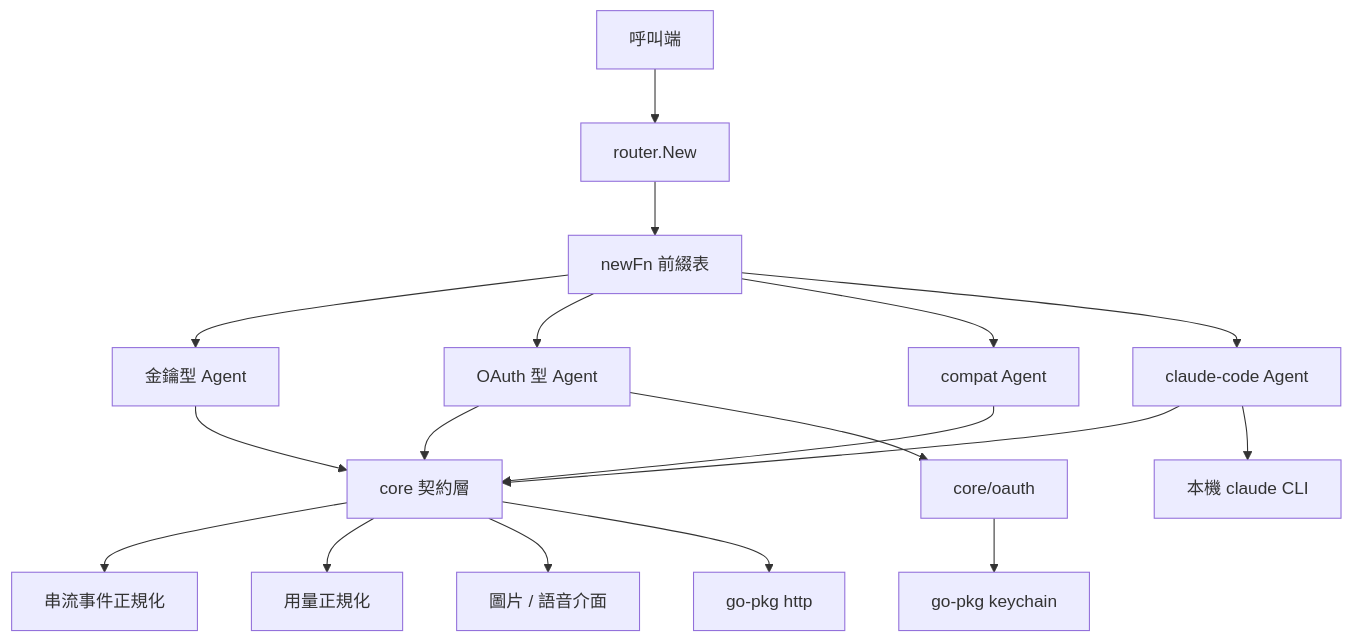
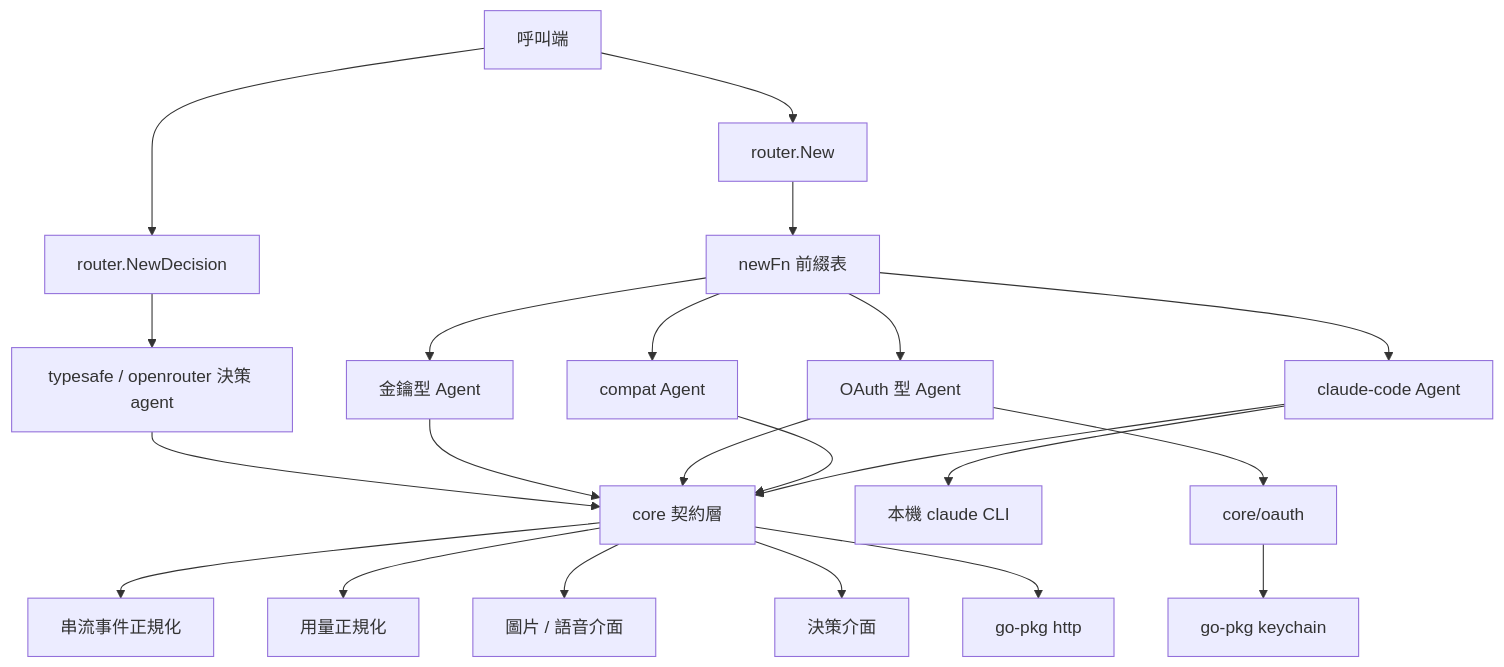
The first of 12 diagrams in doc/architecture.zh.md (pardnchiu/go-llm-router), drawn with Mermaid before and after one commit. The commit also changed other lines of this file and 32 other files, not shown here.

````diff
--- a/doc/architecture.zh.md
+++ b/doc/architecture.zh.md
@@ -22,23 +23,27 @@
 ```mermaid
 graph TB
     App[呼叫端] --> Router[router.New]
+    App --> DecisionRouter[router.NewDecision]
+    DecisionRouter --> DecisionAgents[typesafe / openrouter 決策 agent]
+    DecisionAgents --> Core
     Router --> Registry[newFn 前綴表]
     Registry --> KeyAgents[金鑰型 Agent]
     Registry --> OAuthAgents[OAuth 型 Agent]
     Registry --> CompatAgent[compat Agent]
     Registry --> CLIAgent[claude-code Agent]
 
     KeyAgents --> Core[core 契約層]
     OAuthAgents --> Core
     CompatAgent --> Core
     CLIAgent --> Core
     CLIAgent --> ClaudeCLI[本機 claude CLI]
 
     OAuthAgents --> OAuth[core/oauth]
     OAuth --> Keychain[go-pkg keychain]
 
     Core --> Stream[串流事件正規化]
     Core --> Usage[用量正規化]
     Core --> Media[圖片 / 語音介面]
+    Core --> Decision[決策介面]
     Core --> HTTP[go-pkg http]
 ```
````
